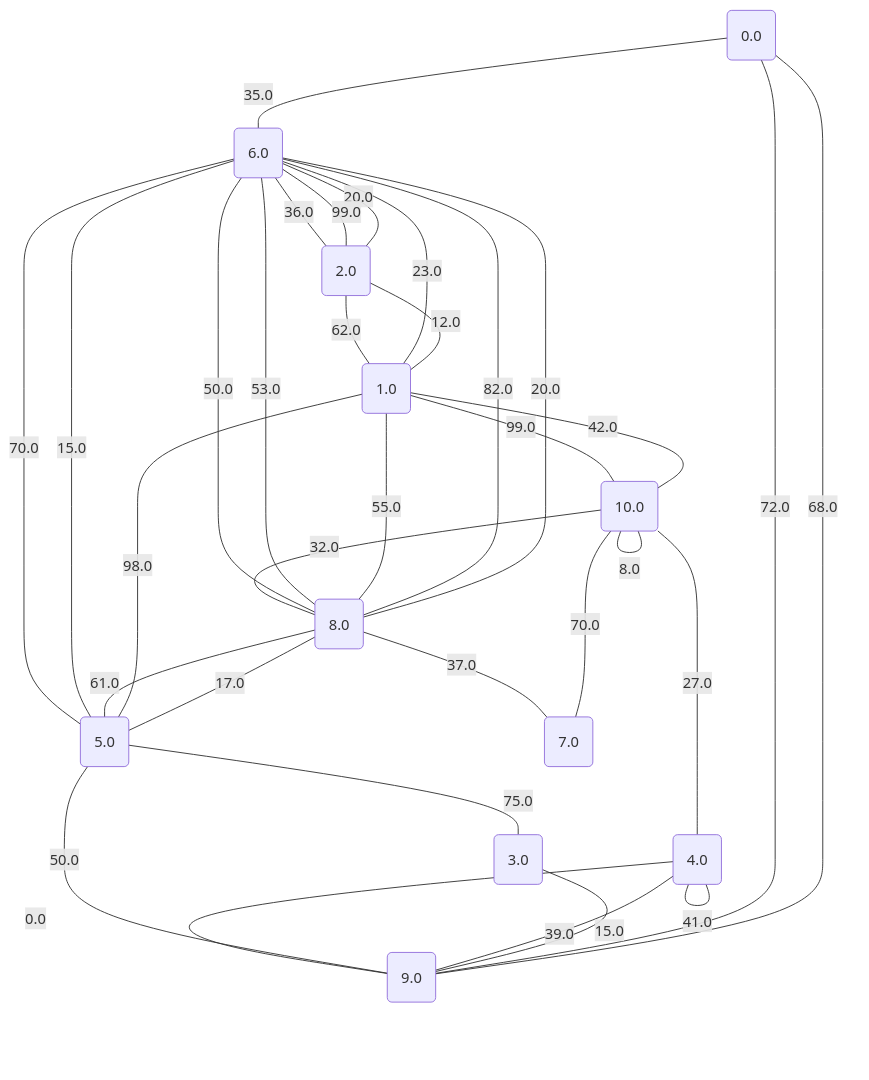
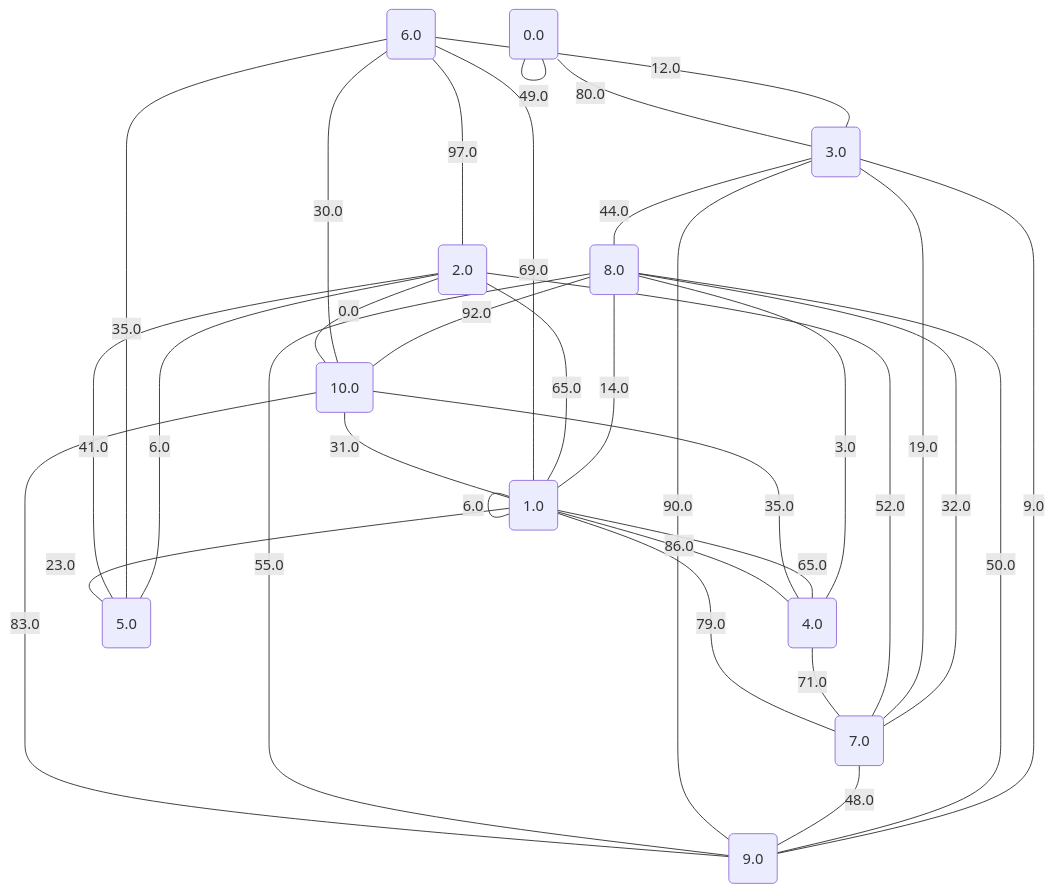
Before and after one commit to metury/graphs: the diagram in project/src/testing/graphs/6.md, drawn with Mermaid. The commit also changed 33 other files, not shown here.

````diff
--- a/project/src/testing/graphs/6.md
+++ b/project/src/testing/graphs/6.md
@@ -1,47 +1,47 @@
 ```mermaid
 graph TD;
 	0("0.0");
 	1("1.0");
 	2("2.0");
 	3("3.0");
 	4("4.0");
 	5("5.0");
 	6("6.0");
 	7("7.0");
 	8("8.0");
 	9("9.0");
 	10("10.0");
-	6 -- "36.0" --- 2;
-	5 -- "98.0" --- 1;
-	1 -- "99.0" --- 10;
-	6 -- "70.0" --- 5;
-	10 -- "32.0" --- 8;
-	2 -- "62.0" --- 1;
-	8 -- "53.0" --- 6;
-	4 -- "0.0" --- 9;
-	10 -- "27.0" --- 4;
-	6 -- "15.0" --- 5;
-	0 -- "35.0" --- 6;
-	4 -- "41.0" --- 4;
-	5 -- "50.0" --- 9;
-	5 -- "17.0" --- 8;
-	2 -- "20.0" --- 6;
-	1 -- "12.0" --- 2;
-	1 -- "42.0" --- 10;
-	10 -- "83.0" --- 10;
-	9 -- "72.0" --- 0;
-	10 -- "8.0" --- 10;
-	8 -- "61.0" --- 5;
-	6 -- "99.0" --- 2;
-	4 -- "39.0" --- 9;
-	5 -- "75.0" --- 3;
-	6 -- "50.0" --- 8;
-	6 -- "23.0" --- 1;
-	8 -- "55.0" --- 1;
-	3 -- "15.0" --- 9;
-	7 -- "70.0" --- 10;
-	8 -- "82.0" --- 6;
-	8 -- "37.0" --- 7;
-	9 -- "68.0" --- 0;
-	8 -- "20.0" --- 6;
+	4 -- "35.0" --- 10;
+	1 -- "86.0" --- 4;
+	7 -- "19.0" --- 3;
+	4 -- "65.0" --- 1;
+	1 -- "14.0" --- 8;
+	10 -- "83.0" --- 9;
+	3 -- "44.0" --- 8;
+	1 -- "79.0" --- 7;
+	9 -- "9.0" --- 3;
+	4 -- "71.0" --- 7;
+	1 -- "23.0" --- 5;
+	0 -- "80.0" --- 3;
+	0 -- "49.0" --- 0;
+	2 -- "41.0" --- 5;
+	6 -- "35.0" --- 5;
+	7 -- "32.0" --- 8;
+	8 -- "55.0" --- 9;
+	2 -- "6.0" --- 5;
+	2 -- "0.0" --- 10;
+	4 -- "3.0" --- 8;
+	1 -- "40.0" --- 1;
+	6 -- "30.0" --- 10;
+	6 -- "12.0" --- 3;
+	3 -- "90.0" --- 9;
+	10 -- "31.0" --- 1;
+	7 -- "48.0" --- 9;
+	6 -- "69.0" --- 1;
+	2 -- "52.0" --- 7;
+	8 -- "50.0" --- 9;
+	2 -- "65.0" --- 1;
+	1 -- "6.0" --- 1;
+	6 -- "97.0" --- 2;
+	8 -- "92.0" --- 10;
 ```
````
